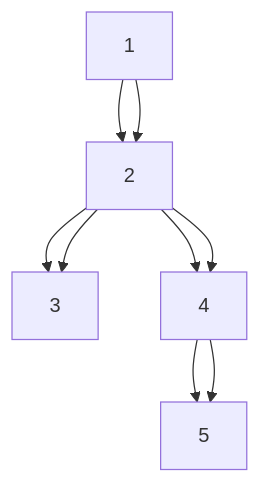
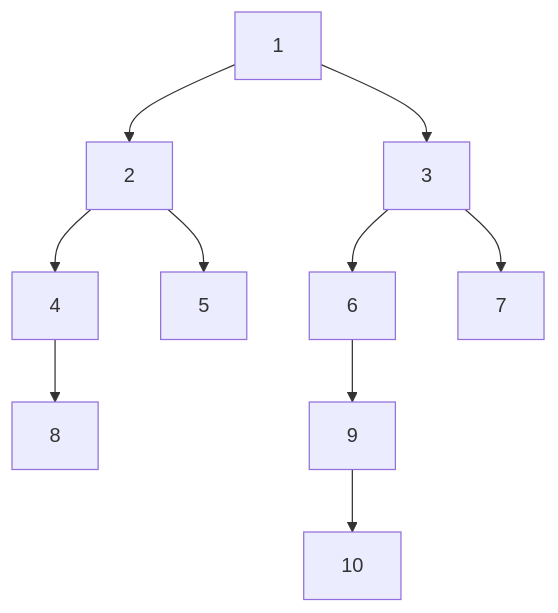
Before and after one commit to sagarneeli/coding-challenges: the second of 6 diagrams in Misc/algo-and-ds-concepts.md, drawn with Mermaid. The commit also changed other lines of this file and 15 other files, not shown here.

````diff
--- a/Misc/algo-and-ds-concepts.md
+++ b/Misc/algo-and-ds-concepts.md
@@ -296,11 +340,13 @@
 ```mermaid
 graph TD;
     1 --> 2;
-    1 --> 2;
-    2 --> 3;
+    1 --> 3;
     2 --> 4;
-    2 --> 4;
-    2 --> 3;
-    4 --> 5;
-    4 --> 5;
+    2 --> 5;
+    4 --> 8;
+    3 --> 6;
+    3 --> 7;
+    6 --> 9;
+    9 --> 10;
+
 ```
````
